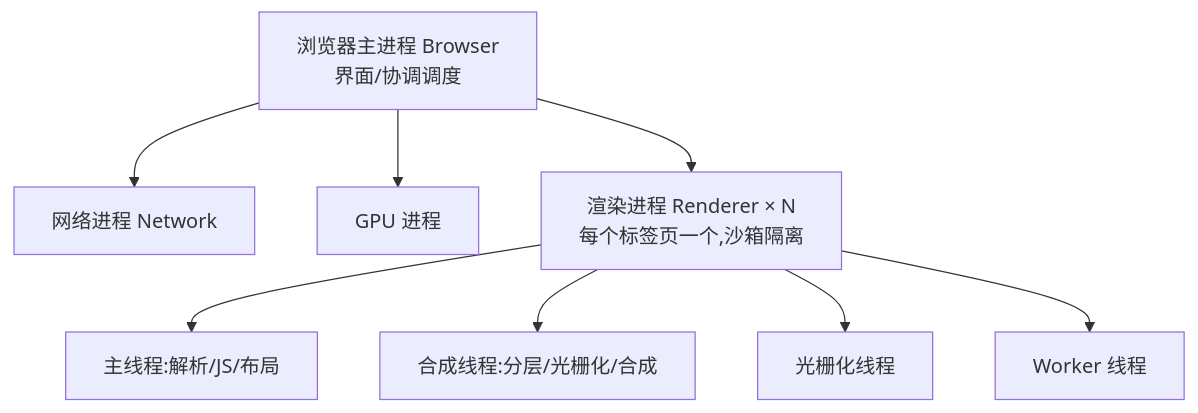
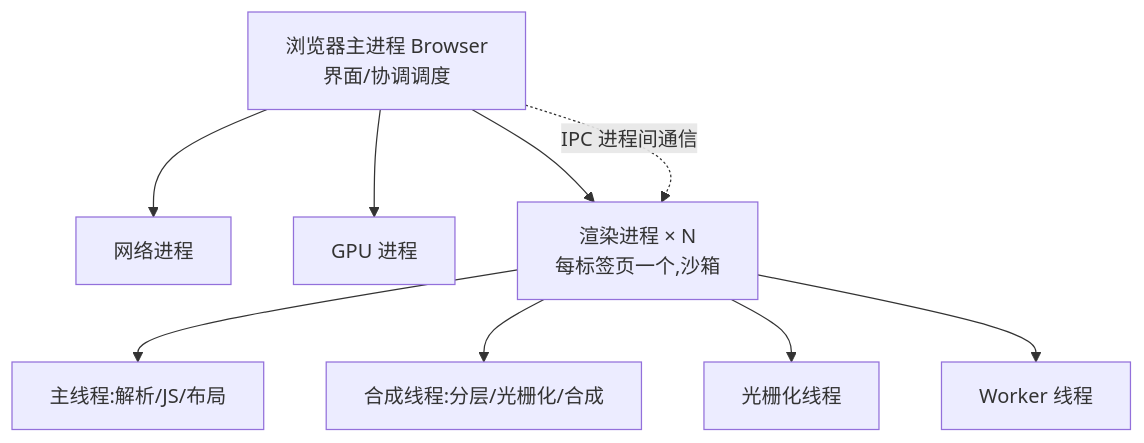
Before and after one commit to inspire-man/frontend-knowledge-base: the diagram in frontend-knowledge-base/卷二-浏览器工作原理/2.1-浏览器多进程架构.md, drawn with Mermaid. The commit also changed other lines of this file and 3 other files, not shown here.

Commit message:
docs: 修复2处 mermaid 渲染问题;深挖卷二 2.1/2.2 底层逻辑+面试题扩充

````diff
--- a/frontend-knowledge-base/卷二-浏览器工作原理/2.1-浏览器多进程架构.md
+++ b/frontend-knowledge-base/卷二-浏览器工作原理/2.1-浏览器多进程架构.md
@@ -28,10 +29,11 @@
 ```mermaid
 flowchart TD
-    A[浏览器主进程 Browser<br/>界面/协调调度] --> B[网络进程 Network]
+    A[浏览器主进程 Browser<br/>界面/协调调度] --> B[网络进程]
     A --> C[GPU 进程]
-    A --> D[渲染进程 Renderer × N<br/>每个标签页一个,沙箱隔离]
+    A --> D[渲染进程 × N<br/>每标签页一个,沙箱]
     D --> D1[主线程:解析/JS/布局]
     D --> D2[合成线程:分层/光栅化/合成]
     D --> D3[光栅化线程]
     D --> D4[Worker 线程]
+    A -.->|IPC 进程间通信| D
 ```
````
